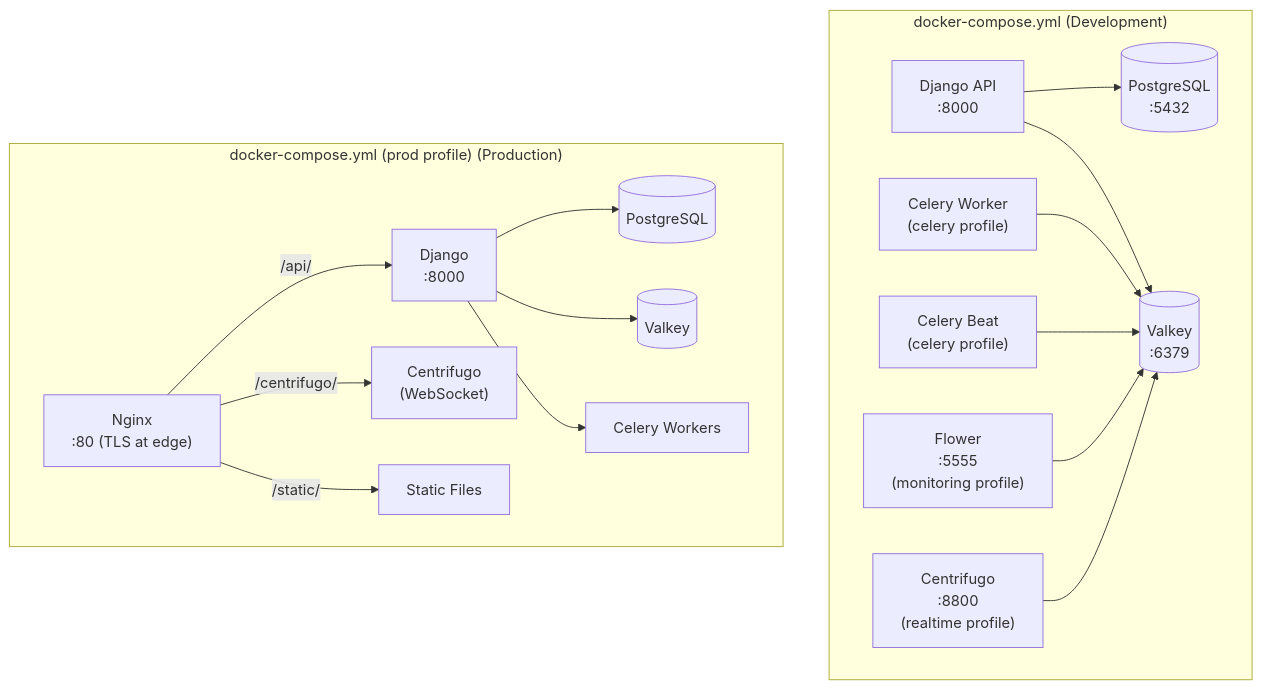
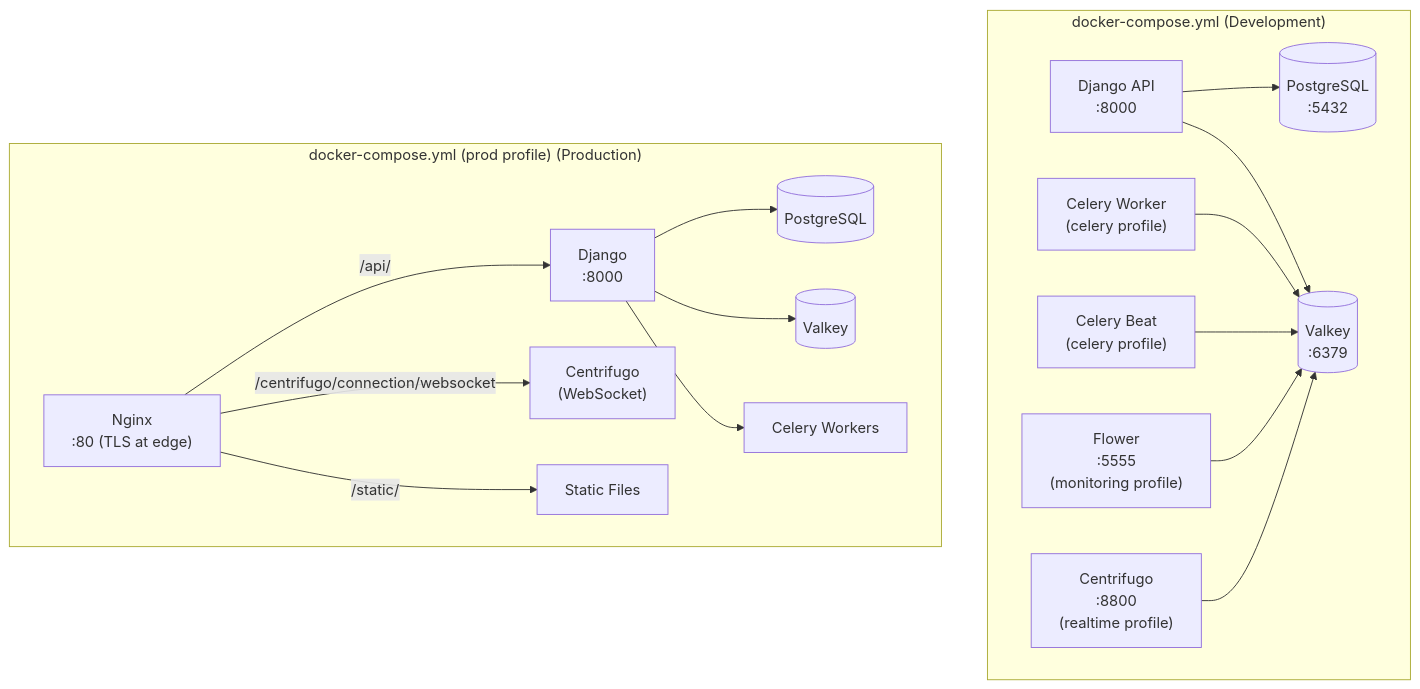
One commit to mattjaikaran/django-ninja-boilerplate changed the sixth of 12 diagrams in docs/ARCHITECTURE.md. Above: the diagram before and after it, drawn with Mermaid. The commit also changed other lines of this file and 11 other files, not shown here.

````diff
--- a/docs/ARCHITECTURE.md
+++ b/docs/ARCHITECTURE.md
@@ -231,34 +309,34 @@
 ```mermaid
 graph TB
     subgraph Dev["docker-compose.yml (Development)"]
         DB[("PostgreSQL<br/>:5432")]
         REDIS[("Valkey<br/>:6379")]
         DJANGO["Django API<br/>:8000"]
         CENT["Centrifugo<br/>:8800<br/>(realtime profile)"]
         WORKER["Celery Worker<br/>(celery profile)"]
         BEAT["Celery Beat<br/>(celery profile)"]
         FLOWER["Flower<br/>:5555<br/>(monitoring profile)"]
 
         DJANGO --> DB
         DJANGO --> REDIS
         WORKER --> REDIS
         BEAT --> REDIS
         FLOWER --> REDIS
         CENT --> REDIS
     end
 
     subgraph Prod["docker-compose.yml (prod profile) (Production)"]
         NGINX["Nginx<br/>:80 (TLS at edge)"]
         DJPROD["Django<br/>:8000"]
         CENTPROD["Centrifugo<br/>(WebSocket)"]
         STATIC["Static Files"]
         DBPROD[("PostgreSQL")]
         REDPROD[("Valkey")]
         CELPROD["Celery Workers"]
 
         NGINX -->|"/api/"| DJPROD
-        NGINX -->|"/centrifugo/"| CENTPROD
+        NGINX -->|"/centrifugo/connection/websocket"| CENTPROD
         NGINX -->|"/static/"| STATIC
         DJPROD --> DBPROD & REDPROD & CELPROD
     end
 ```
````
